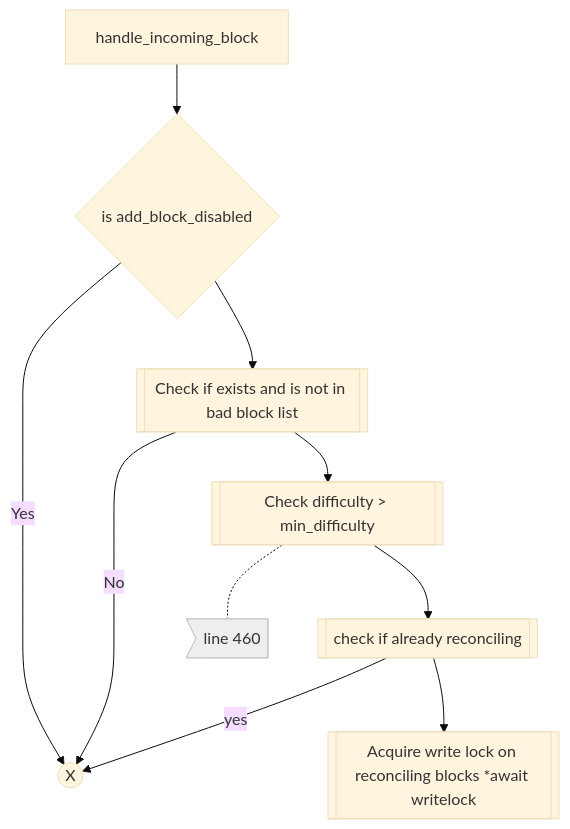
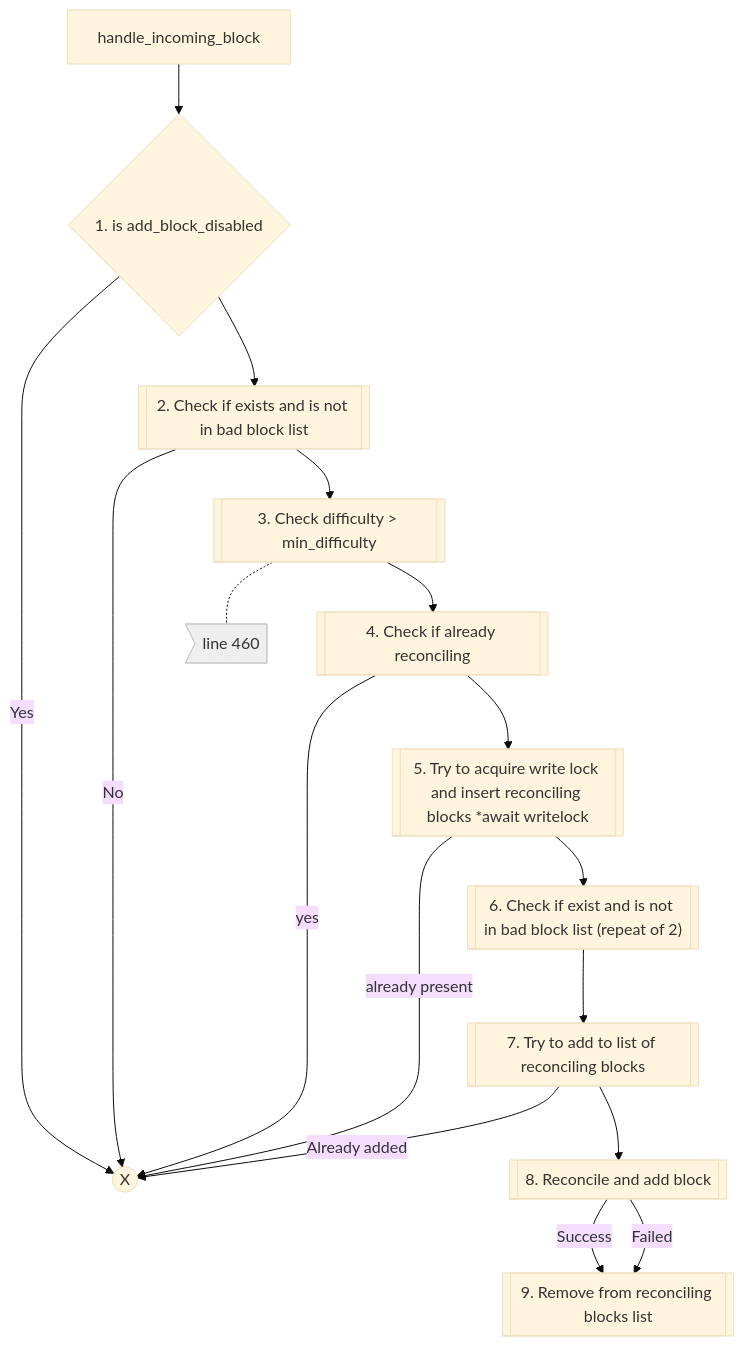
One commit to tari-project/tari changed the diagram in docs/src/diagrams/index.md. Above: the diagram before and after it, drawn with Mermaid (base theme).

Commit message:
diagrams

````diff
--- a/docs/src/diagrams/index.md
+++ b/docs/src/diagrams/index.md
@@ -3,14 +3,21 @@
 ```mermaid
 flowchart TD
-    A[handle_incoming_block] --> B{is add_block_disabled}
+    A[handle_incoming_block] --> B{1. is add_block_disabled}
     B -- Yes --> X((X))
-    B --> C[[Check if exists and is not in bad block list]]
+    B --> C[[2. Check if exists and is not in bad block list]]
     C -->|No| X
-    C --> D[[Check difficulty > min_difficulty]]
+    C --> D[[3. Check difficulty > min_difficulty]]
     D -.- N1>line 460]
     N1:::note
-    D --> E[[check if already reconciling]]
+    D --> E[[4. Check if already reconciling]]
     E --> |yes| X
-    E --> F[[Acquire write lock on reconciling blocks *await writelock]]
+    E --> F[[5. Try to acquire write lock and insert reconciling blocks *await writelock]]
+    F -- already present --> X
+    F --> G[["6. Check if exist and is not in bad block list (repeat of 2)"]]
+    G --> H[[7. Try to add to list of reconciling blocks]]
+    H -- Already added --> X
+    H --> I[[8. Reconcile and add block]]
+    I -- Success --> J[[9. Remove from reconciling blocks list]]
+    I -- Failed --> J
     classDef note fill:#eee,stroke:#ccc
 ```
````
